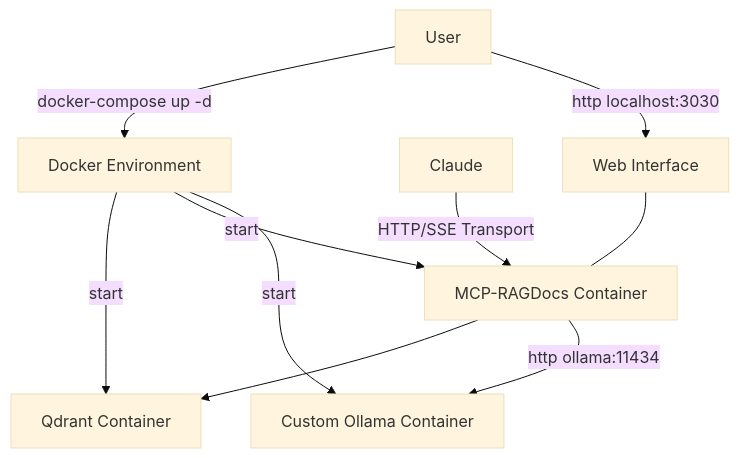
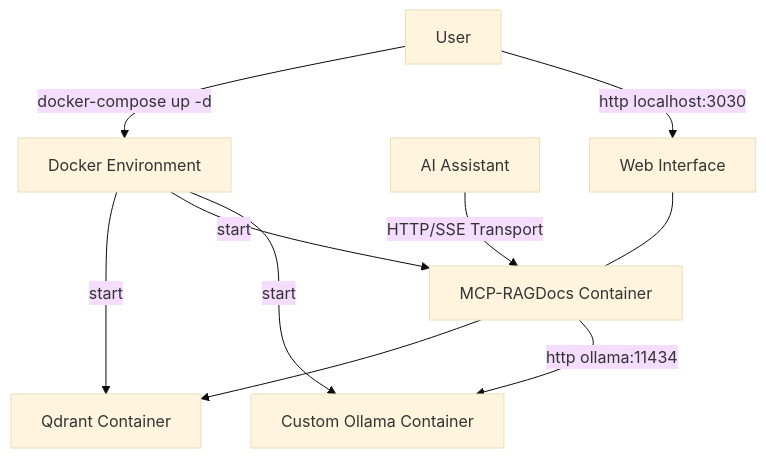
Before and after one commit to amir-arad/mcp-ragdocs: the second of 2 diagrams in README.md, drawn with Mermaid (base theme). The commit also changed other lines of this file and 4 other files, not shown here.

````diff
--- a/README.md
+++ b/README.md
@@ -118,12 +118,12 @@
 ```mermaid
 graph TD
     A[User] -->|docker-compose up -d| B[Docker Environment]
     B --> |start|C[Qdrant Container]
     B --> |start|D[MCP-RAGDocs Container]
     B --> |start|E[Custom Ollama Container]
     D --> C[Qdrant Container]
     D -->|http ollama:11434| E
-    F[Claude] -->|HTTP/SSE Transport| D
+    F[AI Assistant] -->|HTTP/SSE Transport| D
     A -->|http localhost:3030| G[Web Interface]
     G --- D
 ```
````
